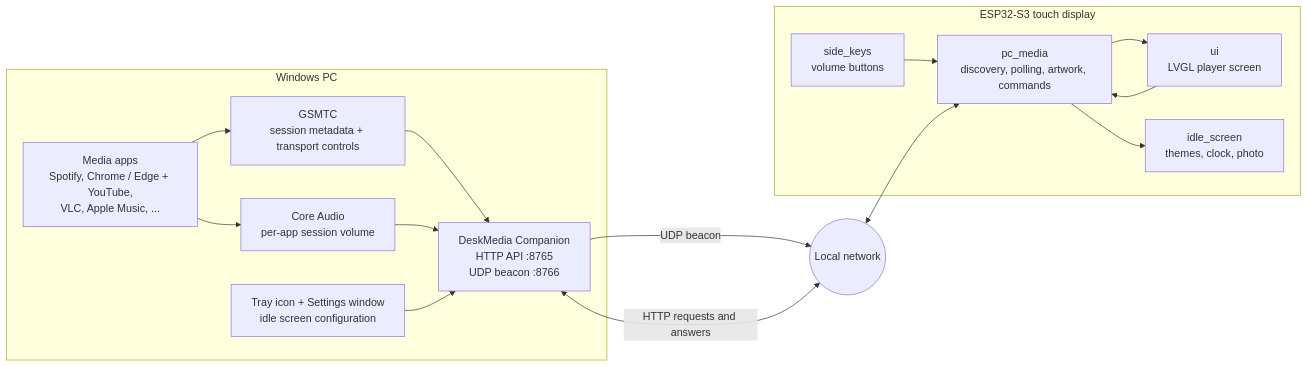
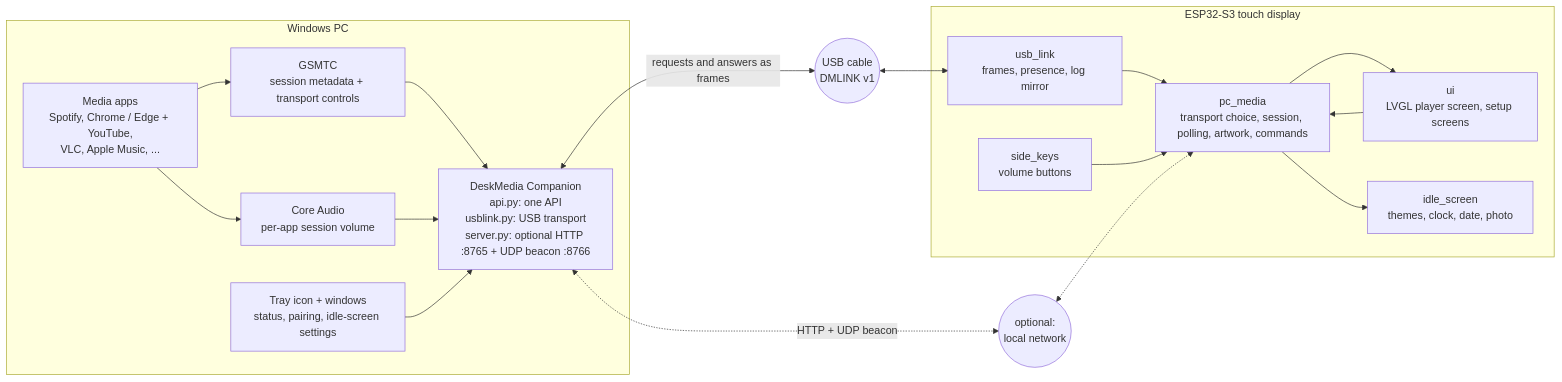
The first of 4 diagrams in docs/architecture.md (shayansharif532/ESP-32-Music-Displayer), drawn with Mermaid before and after one commit. The commit also changed other lines of this file and 4 other files, not shown here.

Commit message:
docs: README first-time setup and everyday use, architecture and protocol for the two transports, troubleshooting, updating

````diff
--- a/docs/architecture.md
+++ b/docs/architecture.md
@@ -43,29 +48,33 @@
 ```mermaid
 flowchart LR
     subgraph PC["Windows PC"]
         APPS["Media apps<br/>Spotify, Chrome / Edge + YouTube,<br/>VLC, Apple Music, ..."]
         GSMTC["GSMTC<br/>session metadata + transport controls"]
         CORE["Core Audio<br/>per-app session volume"]
-        COMP["DeskMedia Companion<br/>HTTP API :8765<br/>UDP beacon :8766"]
-        TRAY["Tray icon + Settings window<br/>idle screen configuration"]
+        COMP["DeskMedia Companion<br/>api.py: one API<br/>usblink.py: USB transport<br/>server.py: optional HTTP :8765 + UDP beacon :8766"]
+        TRAY["Tray icon + windows<br/>status, pairing, idle-screen settings"]
         APPS --> GSMTC
         APPS --> CORE
         GSMTC --> COMP
         CORE --> COMP
         TRAY --> COMP
     end
-    LAN(("Local network"))
+    CABLE(("USB cable<br/>DMLINK v1"))
+    LAN(("optional:<br/>local network"))
     subgraph ESP["ESP32-S3 touch display"]
-        PCM["pc_media<br/>discovery, polling, artwork, commands"]
-        UI["ui<br/>LVGL player screen"]
-        IDLE["idle_screen<br/>themes, clock, photo"]
+        LINK["usb_link<br/>frames, presence, log mirror"]
+        PCM["pc_media<br/>transport choice, session, polling, artwork, commands"]
+        UI["ui<br/>LVGL player screen, setup screens"]
+        IDLE["idle_screen<br/>themes, clock, date, photo"]
         KEYS["side_keys<br/>volume buttons"]
+        LINK --> PCM
         PCM --> UI
         PCM --> IDLE
         KEYS --> PCM
         UI --> PCM
     end
-    COMP -->|"UDP beacon"| LAN
-    COMP <-->|"HTTP requests and answers"| LAN
-    LAN <--> PCM
+    COMP <-->|"requests and answers as frames"| CABLE
+    CABLE <--> LINK
+    COMP <-.->|"HTTP + UDP beacon"| LAN
+    LAN <-.-> PCM
 ```
````
